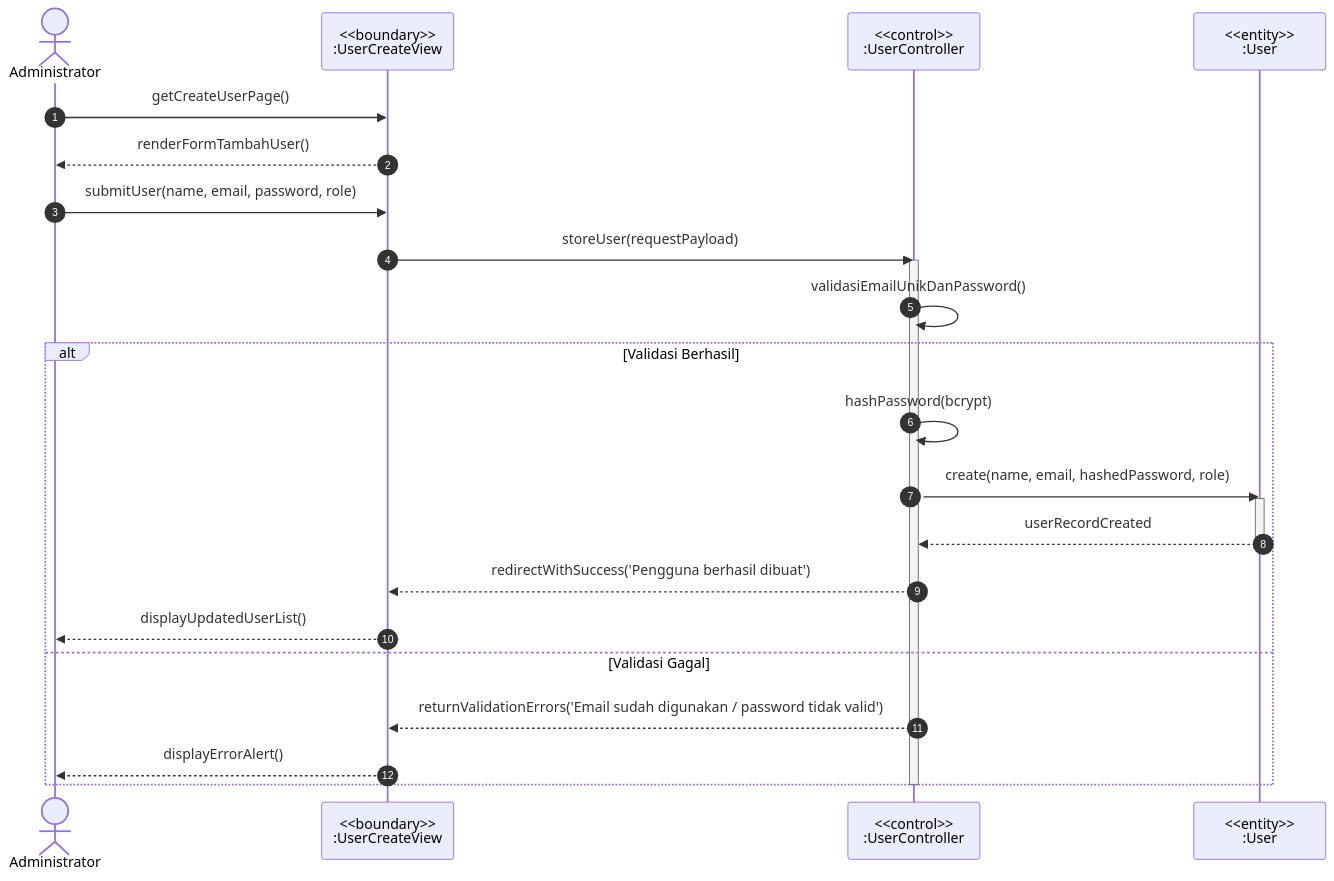
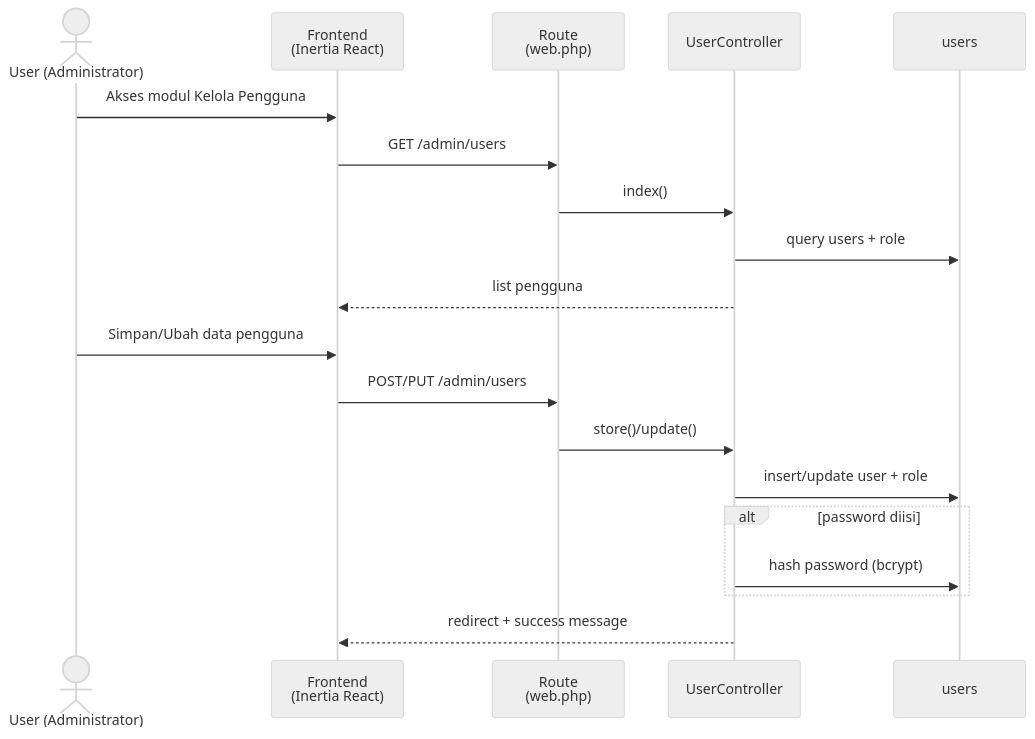
The seventh of 7 diagrams in SEQUENCE_DIAGRAM.md (rizalmhmd/pk-ipnu-ippnu), drawn with Mermaid before and after one commit. The commit also changed other lines of this file and 13 other files, not shown here.

````diff
--- a/SEQUENCE_DIAGRAM.md
+++ b/SEQUENCE_DIAGRAM.md
@@ -239,32 +186,23 @@
 ```mermaid
+%%{init: {'theme': 'neutral'}}%%
 sequenceDiagram
-    autonumber
-    actor Admin as Administrator
-    participant UserView as <<boundary>><br/>:UserCreateView
-    participant UserCtrl as <<control>><br/>:UserController
-    participant UserModel as <<entity>><br/>:User
+    actor User as User (Administrator)
+    participant FE as Frontend<br/>(Inertia React)
+    participant Route as Route<br/>(web.php)
+    participant Ctrl as UserController
+    participant DB as users
 
-    Admin->>UserView: getCreateUserPage()
-    UserView-->>Admin: renderFormTambahUser()
-
-    Admin->>UserView: submitUser(name, email, password, role)
-    UserView->>UserCtrl: storeUser(requestPayload)
-    activate UserCtrl
-
-    UserCtrl->>UserCtrl: validasiEmailUnikDanPassword()
-
-    alt Validasi Berhasil
-        UserCtrl->>UserCtrl: hashPassword(bcrypt)
-        UserCtrl->>UserModel: create(name, email, hashedPassword, role)
-        activate UserModel
-        UserModel-->>UserCtrl: userRecordCreated
-        deactivate UserModel
-
-        UserCtrl-->>UserView: redirectWithSuccess('Pengguna berhasil dibuat')
-        UserView-->>Admin: displayUpdatedUserList()
-    else Validasi Gagal
-        UserCtrl-->>UserView: returnValidationErrors('Email sudah digunakan / password tidak valid')
-        UserView-->>Admin: displayErrorAlert()
+    User->>FE: Akses modul Kelola Pengguna
+    FE->>Route: GET /admin/users
+    Route->>Ctrl: index()
+    Ctrl->>DB: query users + role
+    Ctrl-->>FE: list pengguna
+    User->>FE: Simpan/Ubah data pengguna
+    FE->>Route: POST/PUT /admin/users
+    Route->>Ctrl: store()/update()
+    Ctrl->>DB: insert/update user + role
+    alt password diisi
+        Ctrl->>DB: hash password (bcrypt)
     end
-    deactivate UserCtrl
+    Ctrl-->>FE: redirect + success message
 ```
````
